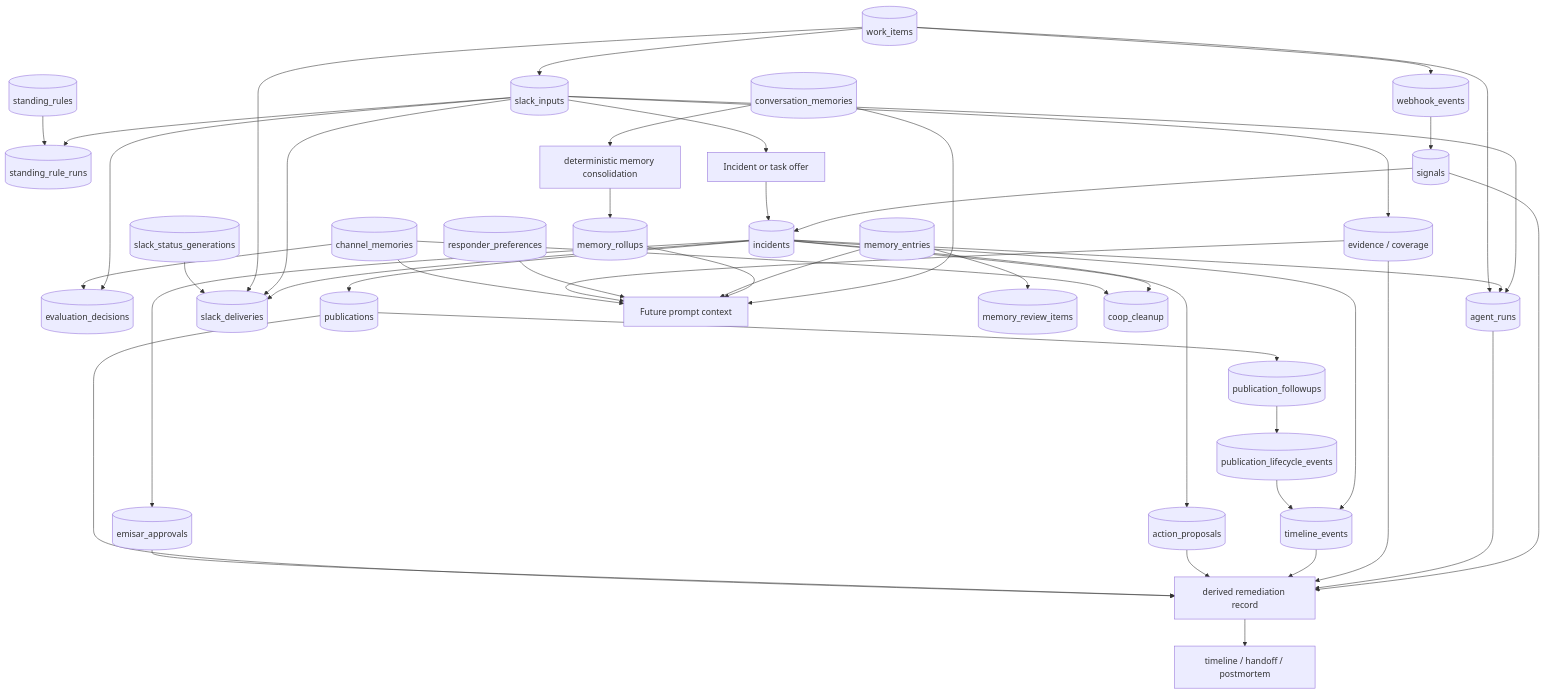
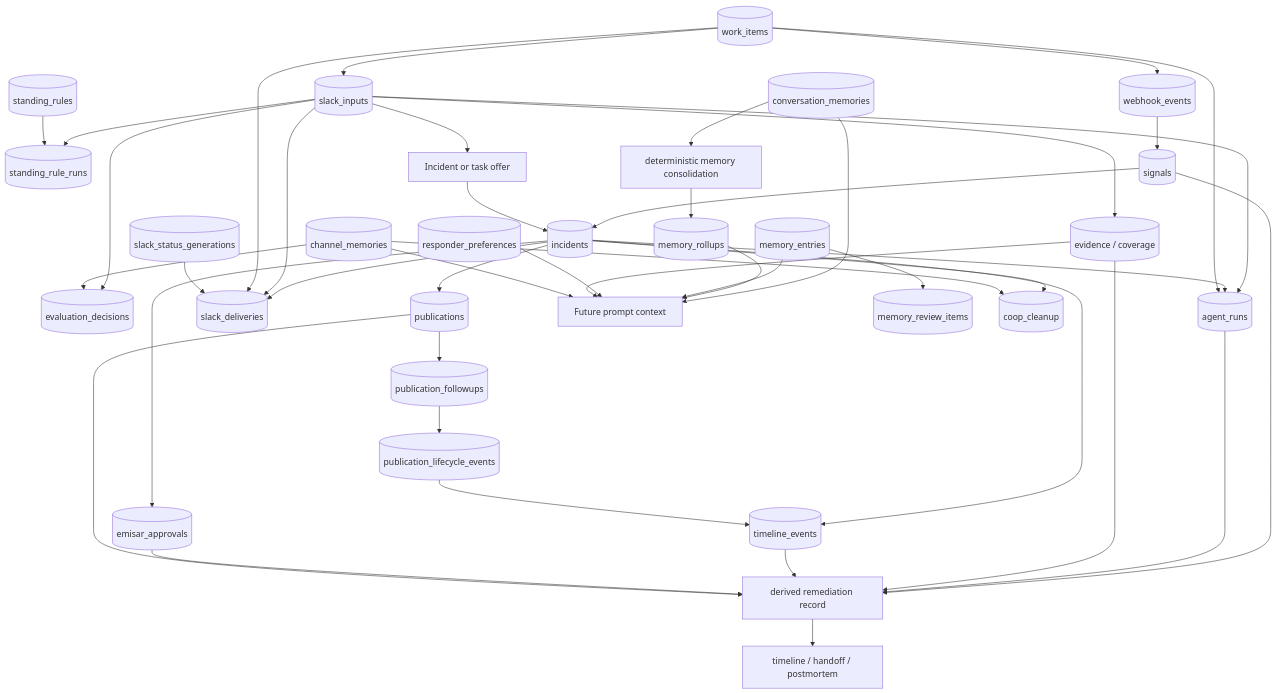
Diagram 11 of 11 in docs/how-responder-works.md (AndrewDryga/ryker), drawn with Mermaid before and after one commit. The commit also changed 41 other files, not shown here.

````diff
--- a/docs/how-responder-works.md
+++ b/docs/how-responder-works.md
@@ -664,52 +664,50 @@
 ```mermaid
 flowchart TB
   SlackInput[("slack_inputs")] --> Evaluation[("evaluation_decisions")]
   SlackInput --> RuleRun[("standing_rule_runs")]
   SlackInput --> Evidence[("evidence / coverage")]
   SlackInput --> WorkOffer["Incident or task offer"]
 
   Webhook[("webhook_events")] --> Signals[("signals")]
   Signals --> Incident[("incidents")]
   WorkOffer --> Incident
 
   SlackInput --> AgentRuns[("agent_runs")]
   Incident --> AgentRuns
   Incident --> Deliveries[("slack_deliveries")]
   SlackInput --> Deliveries
   Incident --> Timeline[("timeline_events")]
-  Incident --> Proposals[("action_proposals")]
   Incident --> Approvals[("emisar_approvals")]
   Incident --> Publication[("publications")]
   Publication --> PublicationFollowup[("publication_followups")]
   PublicationFollowup --> PublicationEvents[("publication_lifecycle_events")]
 
   Signals --> Remediation["derived remediation record"]
   AgentRuns --> Remediation
   Evidence --> Remediation
   Timeline --> Remediation
-  Proposals --> Remediation
   Approvals --> Remediation
   Publication --> Remediation
   PublicationEvents --> Timeline
   Remediation --> SlackViews["timeline / handoff / postmortem"]
 
   ChannelMemory[("channel_memories")] --> Evaluation
   ConversationMemory[("conversation_memories")] --> PromptContext
   ConversationMemory --> Dreaming["deterministic memory consolidation"]
   Dreaming --> Rollups[("memory_rollups")]
   Rollups --> PromptContext
   Memory[("memory_entries")] --> PromptContext["Future prompt context"]
   Memory --> Reviews[("memory_review_items")]
   Preferences[("responder_preferences")] --> PromptContext
   Rules[("standing_rules")] --> RuleRun
   Evidence --> PromptContext
   ChannelMemory --> PromptContext
 
   Incident --> Cleanup[("coop_cleanup")]
   ChannelMemory --> Cleanup
   Scheduler[("work_items")] --> SlackInput
   Scheduler --> Webhook
   Scheduler --> AgentRuns
   Scheduler --> Deliveries
   StatusGeneration[("slack_status_generations")] --> Deliveries
 ```
````
